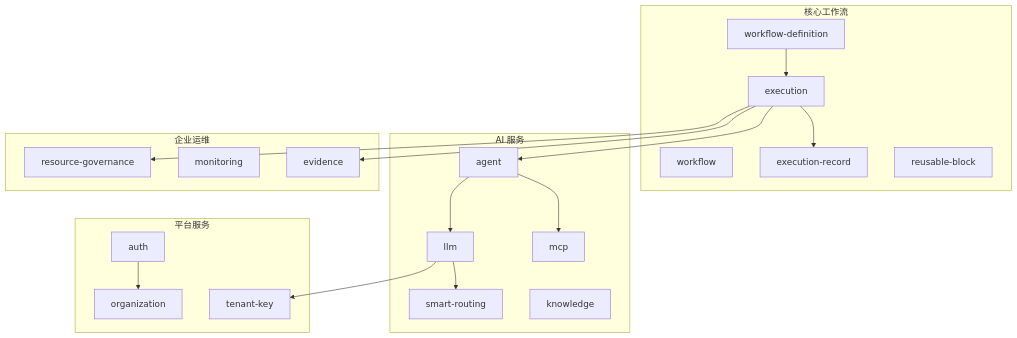
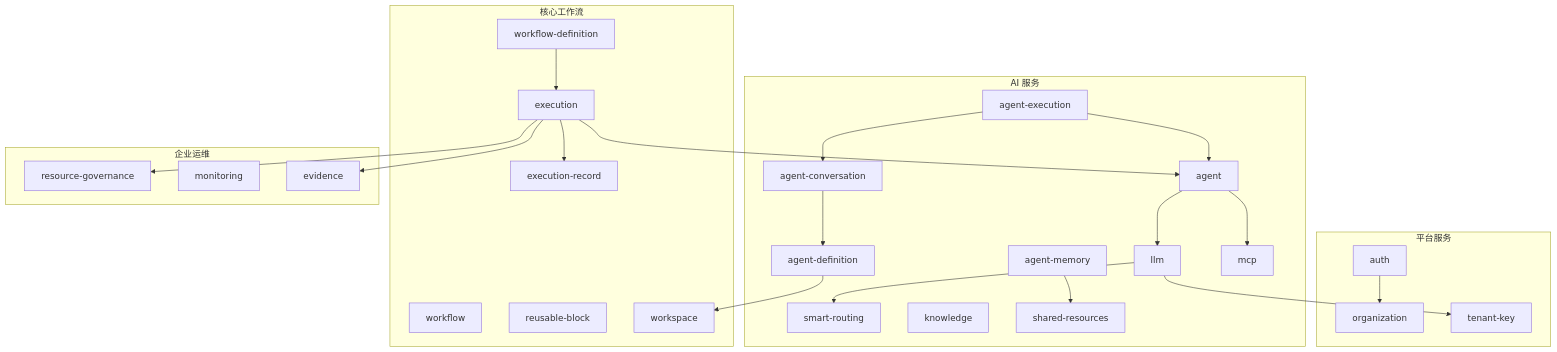
One commit to Lynricsy/AgentLoom changed the diagram in agentloom-docs/zh/server/modules.md. Above: the diagram before and after it, drawn with Mermaid. The commit also changed other lines of this file and 25 other files, not shown here.

````diff
--- a/agentloom-docs/zh/server/modules.md
+++ b/agentloom-docs/zh/server/modules.md
@@ -172,41 +178,52 @@
 ```mermaid
 graph TB
     subgraph 核心工作流
         WD[workflow-definition]
         WF[workflow]
         EX[execution]
         ER[execution-record]
         RB[reusable-block]
+        WS[workspace]
     end
 
     subgraph AI 服务
         AG[agent]
+        AD[agent-definition]
+        AC[agent-conversation]
+        AE[agent-execution]
+        AM[agent-memory]
         LLM[llm]
         MCP[mcp]
         SR[smart-routing]
         KN[knowledge]
+        SHR[shared-resources]
     end
 
     subgraph 平台服务
         AUTH[auth]
         ORG[organization]
         TK[tenant-key]
     end
 
     subgraph 企业运维
         RG[resource-governance]
         MON[monitoring]
         EV[evidence]
     end
 
     WD --> EX
     EX --> AG
     AG --> LLM
     AG --> MCP
     LLM --> SR
     LLM --> TK
     EX --> RG
     EX --> EV
     EX --> ER
     AUTH --> ORG
+    AD --> WS
+    AC --> AD
+    AE --> AG
+    AE --> AC
+    AM --> SHR
 ```
````
